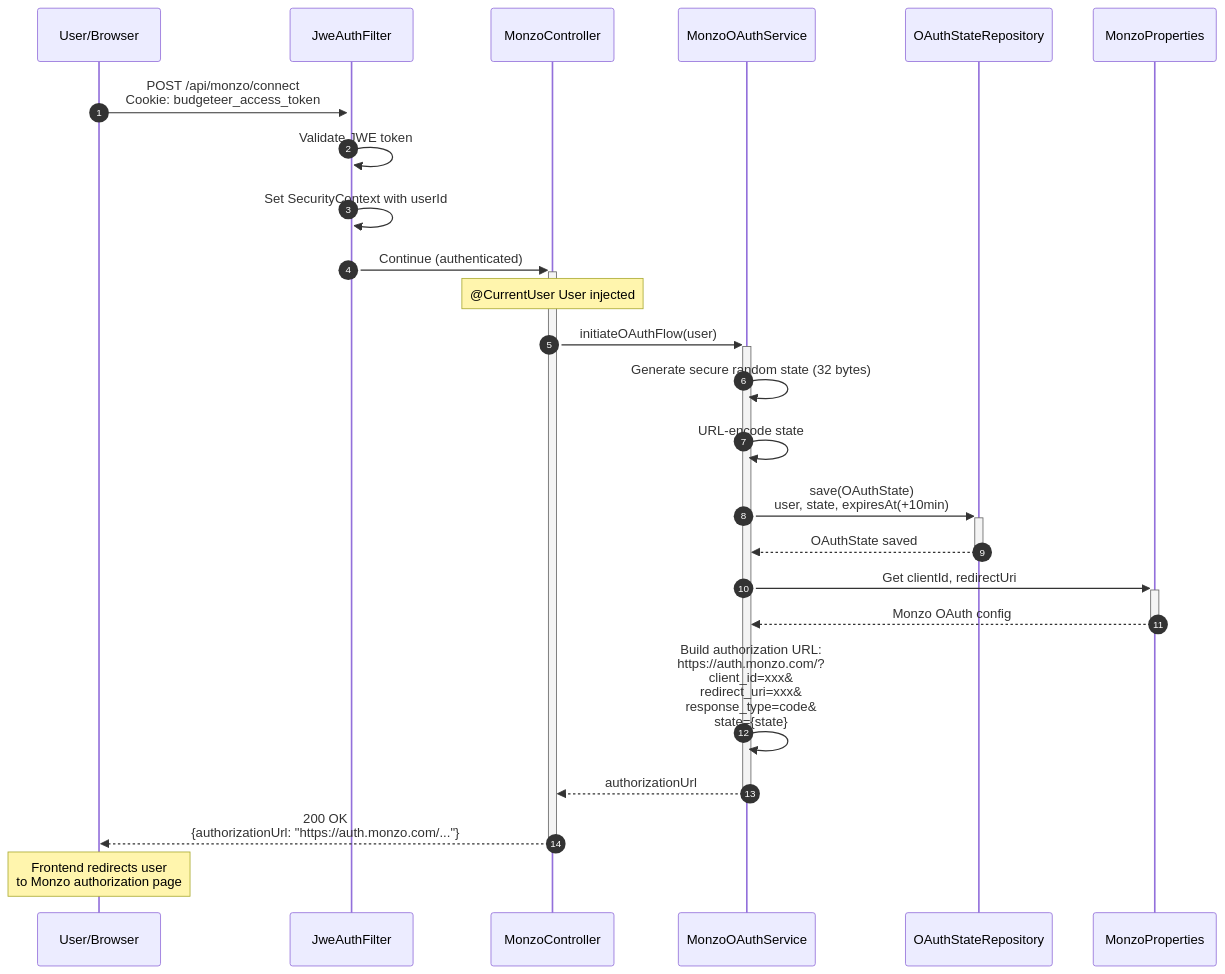
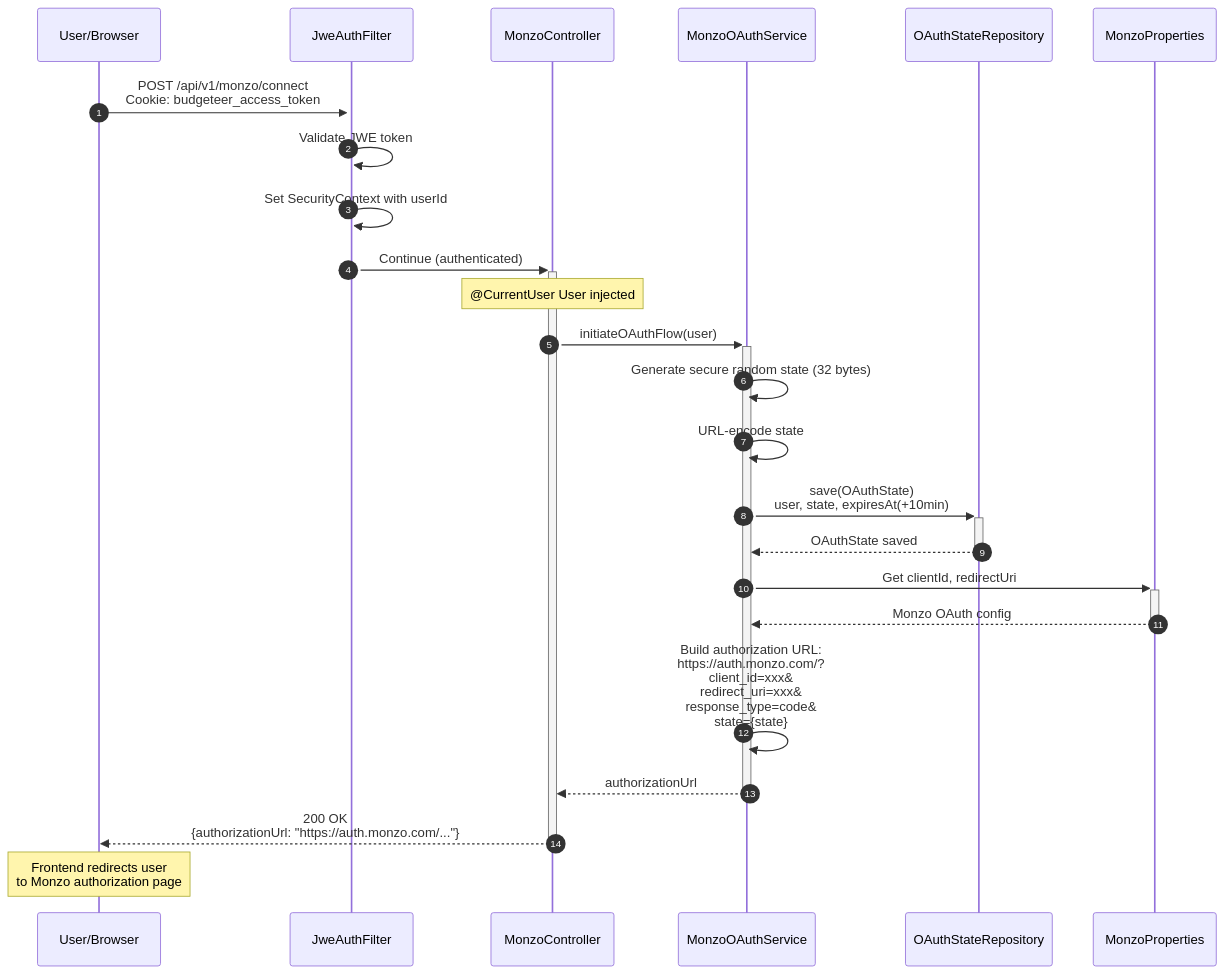
One commit to alexandermfisher/budgeteer changed the first of 15 diagrams in docs/diagrams/monzo-oauth-flow.md. Above: the diagram before and after it, drawn with Mermaid. The commit also changed other lines of this file and 19 other files, not shown here.

````diff
--- a/docs/diagrams/monzo-oauth-flow.md
+++ b/docs/diagrams/monzo-oauth-flow.md
@@ -36,33 +36,33 @@
 ```mermaid
 sequenceDiagram
     autonumber
     participant U as User/Browser
     participant JWF as JweAuthFilter
     participant MC as MonzoController
     participant MOS as MonzoOAuthService
     participant OSR as OAuthStateRepository
     participant MP as MonzoProperties
 
-    U->>+JWF: POST /api/monzo/connect<br/>Cookie: budgeteer_access_token
+    U->>+JWF: POST /api/v1/monzo/connect<br/>Cookie: budgeteer_access_token
     JWF->>JWF: Validate JWE token
     JWF->>JWF: Set SecurityContext with userId
     JWF->>+MC: Continue (authenticated)
     
     Note over MC: @CurrentUser User injected
     MC->>+MOS: initiateOAuthFlow(user)
     
     MOS->>MOS: Generate secure random state (32 bytes)
     MOS->>MOS: URL-encode state
     MOS->>+OSR: save(OAuthState)<br/>user, state, expiresAt(+10min)
     OSR-->>-MOS: OAuthState saved
     
     MOS->>+MP: Get clientId, redirectUri
     MP-->>-MOS: Monzo OAuth config
     
     MOS->>MOS: Build authorization URL:<br/>https://auth.monzo.com/?<br/>client_id=xxx&<br/>redirect_uri=xxx&<br/>response_type=code&<br/>state={state}
     
     MOS-->>-MC: authorizationUrl
     MC-->>-U: 200 OK<br/>{authorizationUrl: "https://auth.monzo.com/..."}
     
     Note over U: Frontend redirects user<br/>to Monzo authorization page
 ```
````
